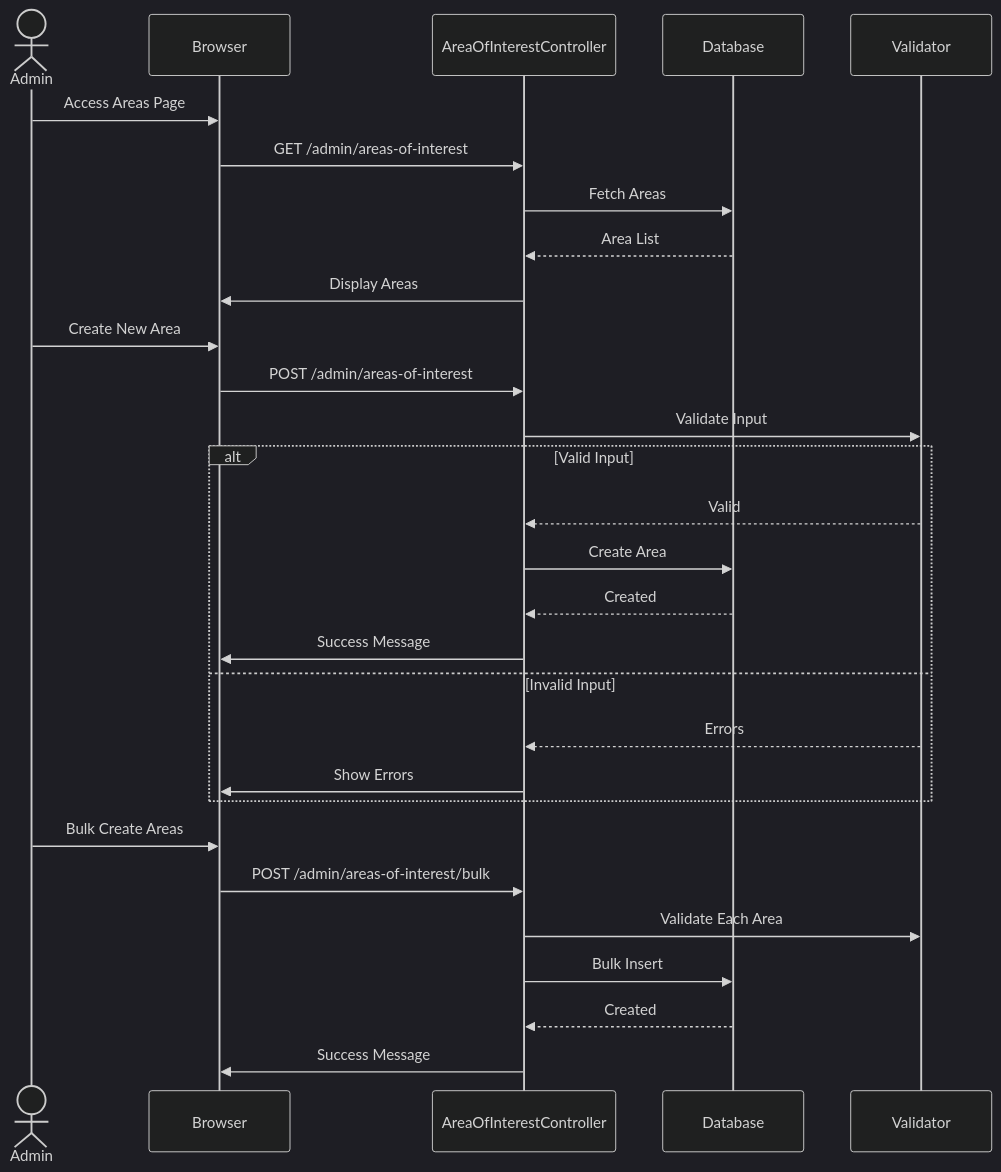
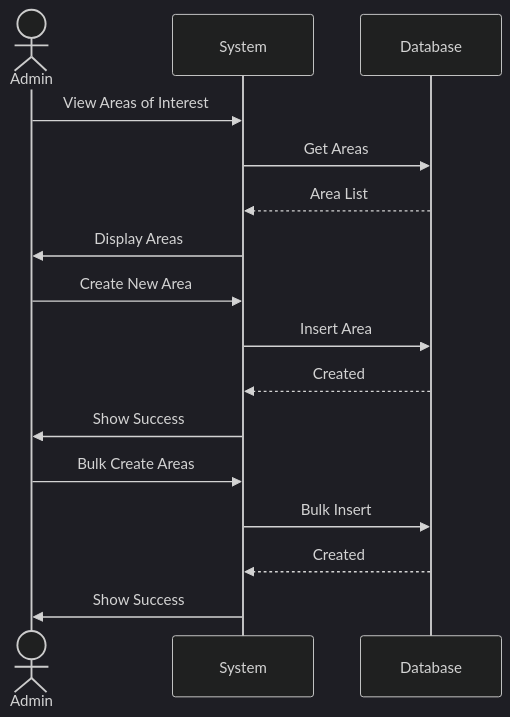
One commit to abdullah2323442/thesisrepo-backup changed the fourth of 19 diagrams in documentation/sequence-diagrams.md. Above: the diagram before and after it, drawn with Mermaid (dark theme). The commit also changed other lines of this file, not shown here.

````diff
--- a/documentation/sequence-diagrams.md
+++ b/documentation/sequence-diagrams.md
@@ -151,35 +102,21 @@
 ```mermaid
 sequenceDiagram
     actor Admin
-    participant Browser
-    participant AreaOfInterestController
+    participant System
     participant Database
-    participant Validator
 
-    Admin->>Browser: Access Areas Page
-    Browser->>AreaOfInterestController: GET /admin/areas-of-interest
-    AreaOfInterestController->>Database: Fetch Areas
-    Database-->>AreaOfInterestController: Area List
-    AreaOfInterestController->>Browser: Display Areas
+    Admin->>System: View Areas of Interest
+    System->>Database: Get Areas
+    Database-->>System: Area List
+    System->>Admin: Display Areas
     
-    Admin->>Browser: Create New Area
-    Browser->>AreaOfInterestController: POST /admin/areas-of-interest
-    AreaOfInterestController->>Validator: Validate Input
+    Admin->>System: Create New Area
+    System->>Database: Insert Area
+    Database-->>System: Created
+    System->>Admin: Show Success
     
-    alt Valid Input
-        Validator-->>AreaOfInterestController: Valid
-        AreaOfInterestController->>Database: Create Area
-        Database-->>AreaOfInterestController: Created
-        AreaOfInterestController->>Browser: Success Message
-    else Invalid Input
-        Validator-->>AreaOfInterestController: Errors
-        AreaOfInterestController->>Browser: Show Errors
-    end
-    
-    Admin->>Browser: Bulk Create Areas
-    Browser->>AreaOfInterestController: POST /admin/areas-of-interest/bulk
-    AreaOfInterestController->>Validator: Validate Each Area
-    AreaOfInterestController->>Database: Bulk Insert
-    Database-->>AreaOfInterestController: Created
-    AreaOfInterestController->>Browser: Success Message
+    Admin->>System: Bulk Create Areas
+    System->>Database: Bulk Insert
+    Database-->>System: Created
+    System->>Admin: Show Success
 ```
````
